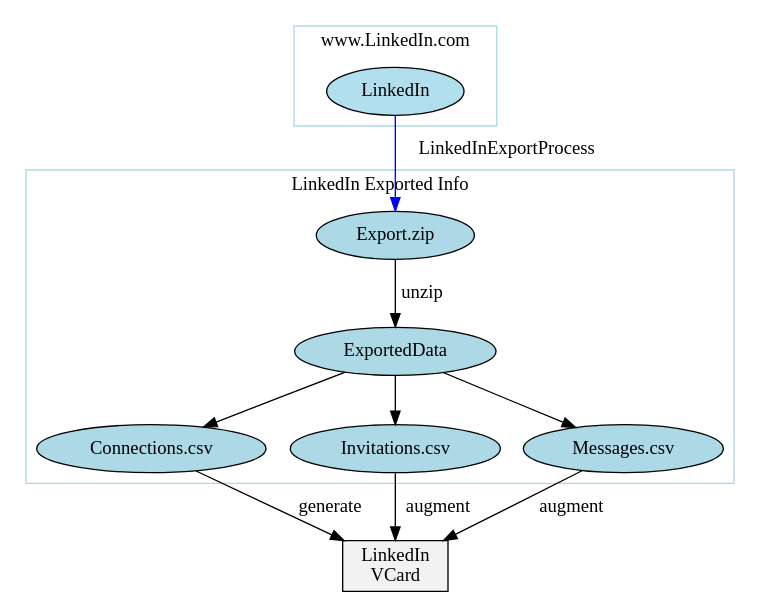
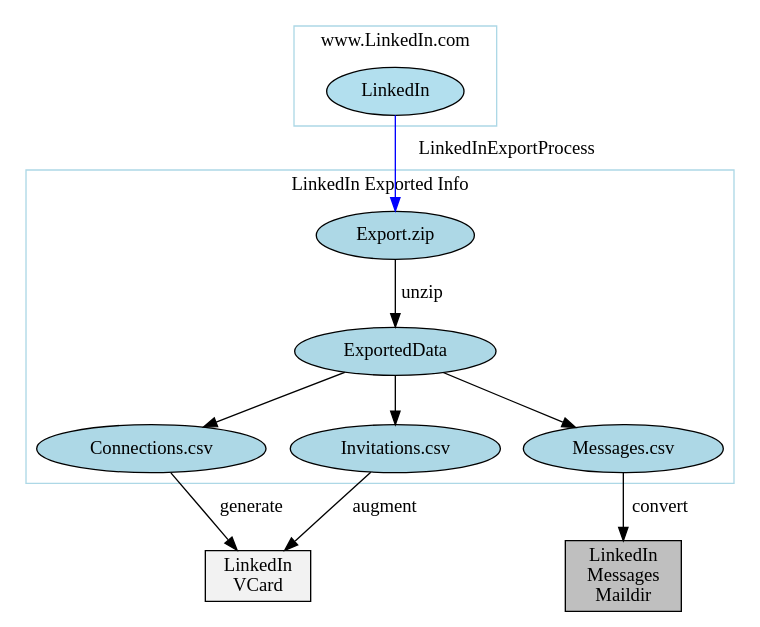
The diagram in py3/images/exportedFileInfo.gv (bisos-pip/linkedinvcard), drawn with Graphviz before and after one commit. The commit also changed 34 other files, not shown here.

```diff
--- a/py3/images/exportedFileInfo.gv
+++ b/py3/images/exportedFileInfo.gv
@@ -1,79 +1,88 @@
 digraph {
-	graph [bb="0,0,546,432"];
+	graph [bb="0,0,546,447"];
 	node [label="\N"];
 	subgraph cluster_linkedin {
-		graph [bb="208,349,360,424",
+		graph [bb="208,364,360,439",
 			color=lightblue,
 			label="www.LinkedIn.com",
 			lheight=0.21,
-			lp="284,412.5",
+			lp="284,427.5",
 			lwidth=1.89
 		];
 		LinkedIn	[fillcolor=lightblue2,
 			height=0.5,
-			pos="284,375",
+			pos="284,390",
 			style=filled,
 			width=1.4263];
 	}
 	subgraph cluster_exported {
-		graph [bb="8,81,538,316",
+		graph [bb="8,96,538,331",
 			color=lightblue,
 			label="LinkedIn Exported Info",
 			lheight=0.21,
-			lp="273,304.5",
+			lp="273,319.5",
 			lwidth=2.31
 		];
 		"Export.zip"	[fillcolor=lightblue,
 			height=0.5,
-			pos="284,267",
+			pos="284,282",
 			style=filled,
 			width=1.6429];
 		ExportedData	[fillcolor=lightblue,
 			height=0.5,
-			pos="284,180",
+			pos="284,195",
 			style=filled,
 			width=2.0943];
 		"Export.zip" -> ExportedData	[label=unzip,
-			lp="304,223.5",
-			pos="e,284,198.18 284,248.8 284,237.16 284,221.55 284,208.24"];
+			lp="304,238.5",
+			pos="e,284,213.18 284,263.8 284,252.16 284,236.55 284,223.24"];
 		"Connections.csv"	[fillcolor=lightblue,
 			height=0.5,
-			pos="102,107",
+			pos="102,122",
 			style=filled,
 			width=2.3831];
-		ExportedData -> "Connections.csv"	[pos="e,140.92,123.18 246.29,164.29 218.48,153.44 180.42,138.59 150.37,126.87"];
+		ExportedData -> "Connections.csv"	[pos="e,140.92,138.18 246.29,179.29 218.48,168.44 180.42,153.59 150.37,141.87"];
 		"Invitations.csv"	[fillcolor=lightblue,
 			height=0.5,
-			pos="284,107",
+			pos="284,122",
 			style=filled,
 			width=2.1845];
-		ExportedData -> "Invitations.csv"	[pos="e,284,125.03 284,161.81 284,153.79 284,144.05 284,135.07"];
+		ExportedData -> "Invitations.csv"	[pos="e,284,140.03 284,176.81 284,168.79 284,159.05 284,150.07"];
 		"Messages.csv"	[fillcolor=lightblue,
 			height=0.5,
-			pos="455,107",
+			pos="455,122",
 			style=filled,
 			width=2.0762];
-		ExportedData -> "Messages.csv"	[pos="e,419.2,122.86 319.85,164.12 345.95,153.28 381.51,138.51 409.6,126.85"];
+		ExportedData -> "Messages.csv"	[pos="e,419.2,137.86 319.85,179.12 345.95,168.28 381.51,153.51 409.6,141.85"];
 	}
 	LinkedIn -> "Export.zip"	[color=blue,
 		label=LinkedInExportProcess,
-		lp="367.5,331.5",
-		pos="e,284,285.34 284,356.97 284,340.38 284,314.88 284,295.43"];
+		lp="367.5,346.5",
+		pos="e,284,300.34 284,371.97 284,355.38 284,329.88 284,310.43"];
 	VCard	[fillcolor=gray95,
 		height=0.52778,
 		label="LinkedIn
 VCard",
-		pos="284,19",
+		pos="182,26.5",
 		shape=box,
 		style=filled,
 		width=1.0972];
 	"Connections.csv" -> VCard	[label=generate,
-		lp="235,63.5",
-		pos="e,245.79,38.055 135.38,90.226 163.78,76.809 204.88,57.385 236.67,42.364"];
+		lp="177,78.5",
+		pos="e,166.33,45.819 116.67,103.85 128.66,89.844 145.8,69.814 159.51,53.784"];
 	"Invitations.csv" -> VCard	[label=augment,
-		lp="316,63.5",
-		pos="e,284,38.268 284,88.597 284,77.056 284,61.647 284,48.357"];
-	"Messages.csv" -> VCard	[label=augment,
-		lp="416,63.5",
-		pos="e,320.07,38.14 424.03,90.426 397.52,77.091 358.99,57.716 329.06,42.662"];
+		lp="277,78.5",
+		pos="e,201.82,45.668 265.76,104.28 250.16,89.981 227.46,69.174 209.63,52.826"];
+	Maildir	[fillcolor=gray75,
+		height=0.73611,
+		label="LinkedIn
+Messages
+Maildir",
+		pos="455,26.5",
+		shape=box,
+		style=filled,
+		width=1.2083];
+	"Messages.csv" -> Maildir	[label=convert,
+		lp="482.5,78.5",
+		pos="e,455,53.007 455,103.85 455,92.508 455,77.215 455,63.295"];
 }
```
